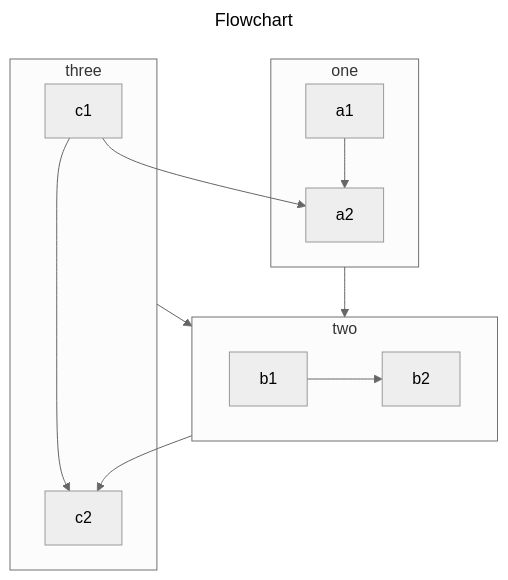
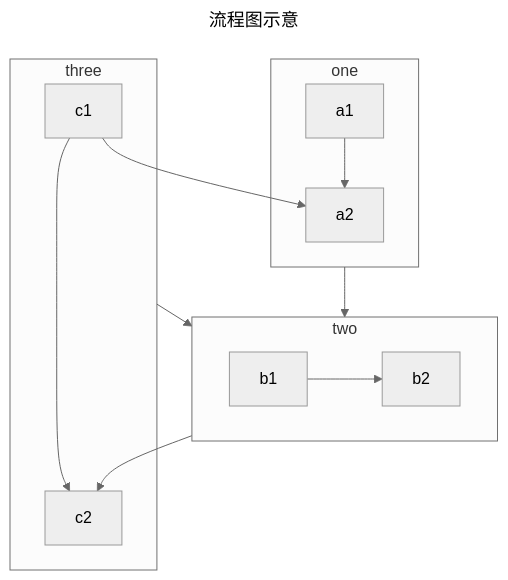
The diagram in README.MD (luch4736/Phigrim-Docs), drawn with Mermaid (neutral theme) before and after one commit. The commit also changed other lines of this file, not shown here.

````diff
--- a/README.MD
+++ b/README.MD
@@ -53,19 +117,19 @@
 ```mermaid
 ---
-title: Flowchart
+title: 流程图示意
 ---
 flowchart TB
     c1-->a2
     subgraph one
     a1-->a2
     end
     subgraph two
     b1-->b2
     end
     subgraph three
     c1-->c2
     end
     one --> two
     three --> two
     two --> c2
 ```
````
